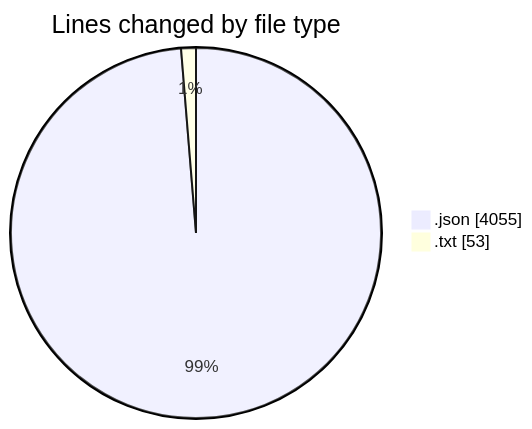
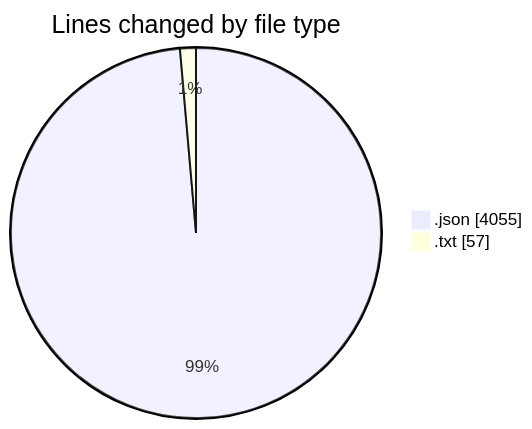
The first of 2 diagrams in 2025-08-15/_claude/README.md (EIIisD/code-tracking), drawn with Mermaid before and after one commit. The commit also changed other lines of this file and 1 other file, not shown here.

````diff
--- a/2025-08-15/_claude/README.md
+++ b/2025-08-15/_claude/README.md
@@ -23,6 +24,6 @@
 ```mermaid
 pie showData
 title Lines changed by file type
 ".json" : 4055
-".txt" : 53
+".txt" : 57
 ```
````
